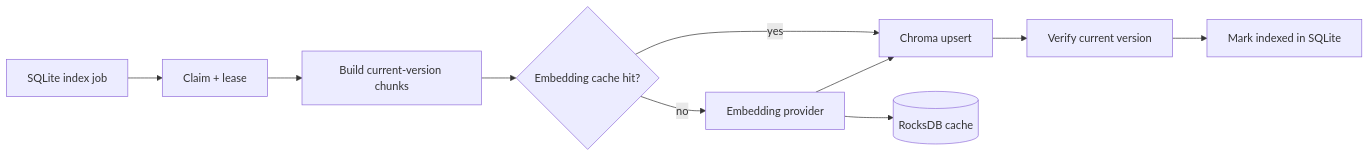
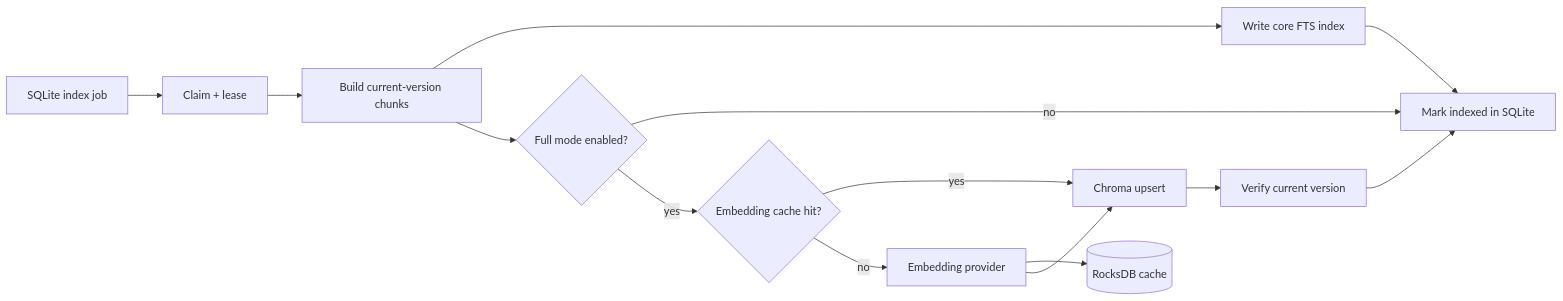
Before and after one commit to ryantr-statinops/InfoBoard: the second of 2 diagrams in docs/architecture/04-indexing-pipeline.md, drawn with Mermaid. The commit also changed 3 other files, not shown here.

Commit message:
docs(architecture): clarify core and full-mode recovery paths

````diff
--- a/docs/architecture/04-indexing-pipeline.md
+++ b/docs/architecture/04-indexing-pipeline.md
@@ -26,12 +26,16 @@
 ```mermaid
 flowchart LR
     Job[SQLite index job] --> Claim[Claim + lease]
     Claim --> Chunks[Build current-version chunks]
-    Chunks --> Cache{Embedding cache hit?}
+    Chunks --> Core[Write core FTS index]
+    Core --> Done
+    Chunks --> Mode{Full mode enabled?}
+    Mode -->|no| Done[Mark indexed in SQLite]
+    Mode -->|yes| Cache{Embedding cache hit?}
     Cache -->|yes| Upsert[Chroma upsert]
     Cache -->|no| Embed[Embedding provider]
     Embed --> Rocks[(RocksDB cache)]
     Embed --> Upsert
     Upsert --> Verify[Verify current version]
-    Verify --> Done[Mark indexed in SQLite]
+    Verify --> Done
 ```
````
